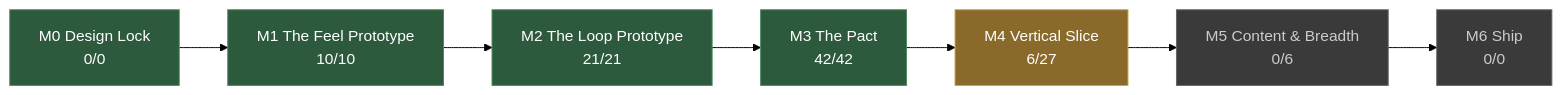
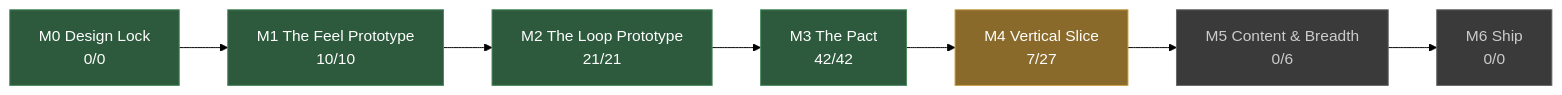
The diagram in docs/STATUS.md (JoshuaGessner/she), drawn with Mermaid (forest theme) before and after one commit. The commit also changed other lines of this file and 12 other files, not shown here.

````diff
--- a/docs/STATUS.md
+++ b/docs/STATUS.md
@@ -13,19 +13,19 @@
 ```mermaid
 flowchart LR
   M0["M0 Design Lock<br/>0/0"]:::passed
   M1["M1 The Feel Prototype<br/>10/10"]:::passed
   M0 --> M1
   M2["M2 The Loop Prototype<br/>21/21"]:::passed
   M1 --> M2
   M3["M3 The Pact<br/>42/42"]:::passed
   M2 --> M3
-  M4["M4 Vertical Slice<br/>6/27"]:::current
+  M4["M4 Vertical Slice<br/>7/27"]:::current
   M3 --> M4
   M5["M5 Content & Breadth<br/>0/6"]:::ahead
   M4 --> M5
   M6["M6 Ship<br/>0/0"]:::ahead
   M5 --> M6
   classDef passed fill:#2d5a3d,stroke:#4a8a5f,color:#fff
   classDef current fill:#8a6a2a,stroke:#c8a04a,color:#fff
   classDef ahead fill:#3a3a3a,stroke:#666,color:#ccc
 ```
````
